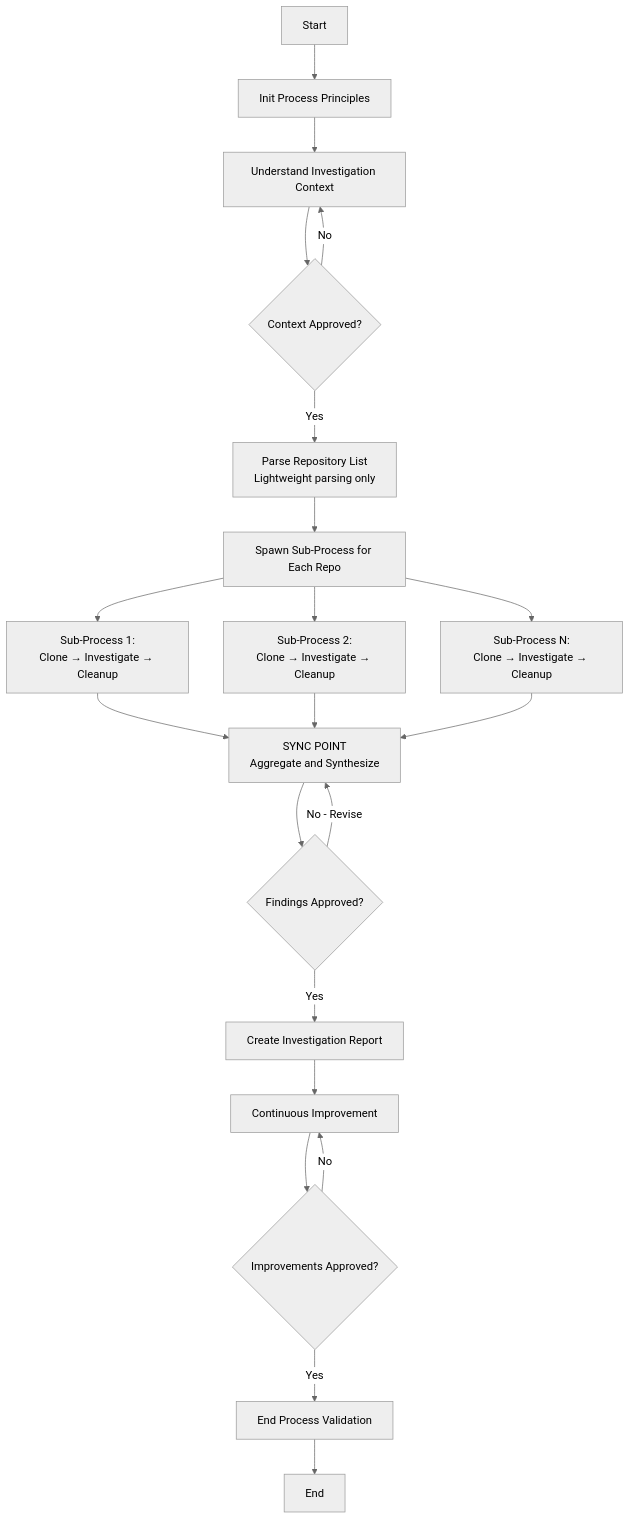
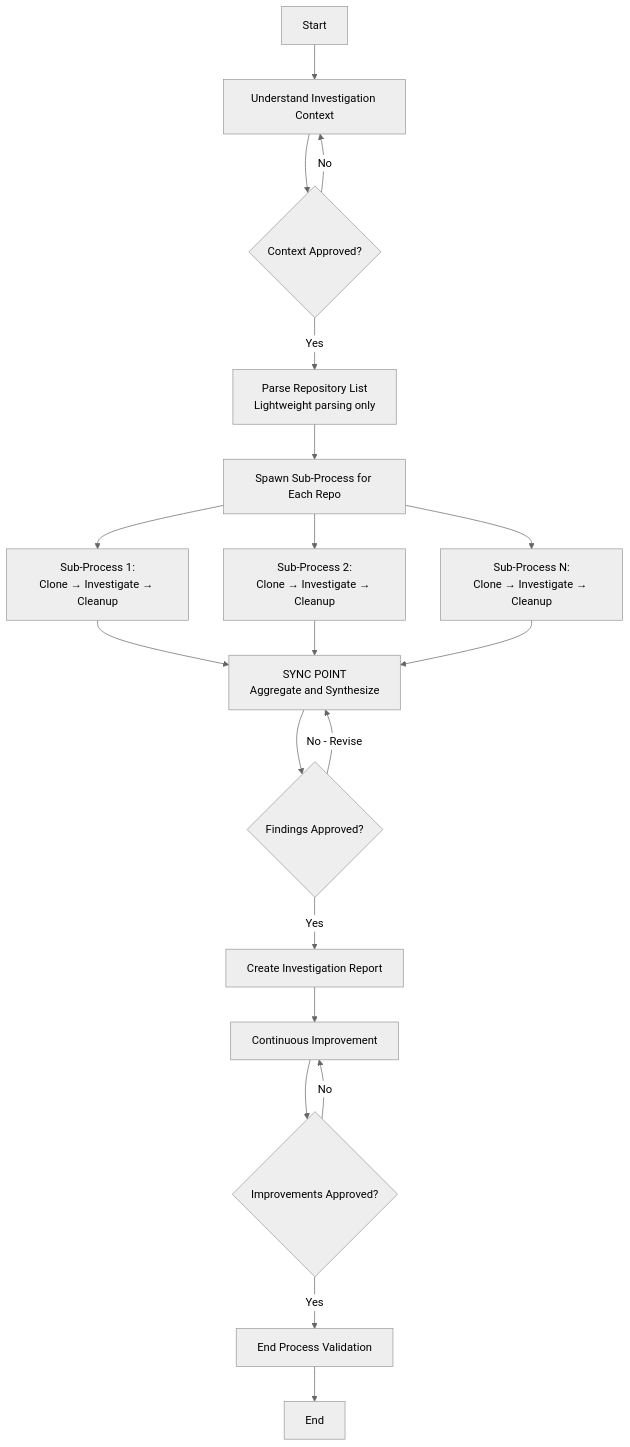
One commit to HMTools/agentic-processes-templates changed the diagram in templates/processes/investigation/multi-repo-codebase-investigation.md. Above: the diagram before and after it, drawn with Mermaid (neutral theme). The commit also changed other lines of this file and 64 other files, not shown here.

````diff
--- a/templates/processes/investigation/multi-repo-codebase-investigation.md
+++ b/templates/processes/investigation/multi-repo-codebase-investigation.md
@@ -34,23 +34,22 @@
 ```mermaid
 graph TD
-    A[Start] --> B[Init Process Principles]
-    B --> C[Understand Investigation Context]
+    A[Start] --> C[Understand Investigation Context]
     C --> D{Context Approved?}
     D -->|No| C
     D -->|Yes| E[Parse Repository List<br/>Lightweight parsing only]
     E --> F[Spawn Sub-Process for Each Repo]
     F --> G[Sub-Process 1:<br/>Clone → Investigate → Cleanup]
     F --> H[Sub-Process 2:<br/>Clone → Investigate → Cleanup]
     F --> I[Sub-Process N:<br/>Clone → Investigate → Cleanup]
     G --> J[SYNC POINT<br/>Aggregate and Synthesize]
     H --> J
     I --> J
     J --> K{Findings Approved?}
     K -->|No - Revise| J
     K -->|Yes| L[Create Investigation Report]
     L --> M[Continuous Improvement]
     M --> N{Improvements Approved?}
     N -->|No| M
     N -->|Yes| O[End Process Validation]
     O --> P[End]
 ```
````
